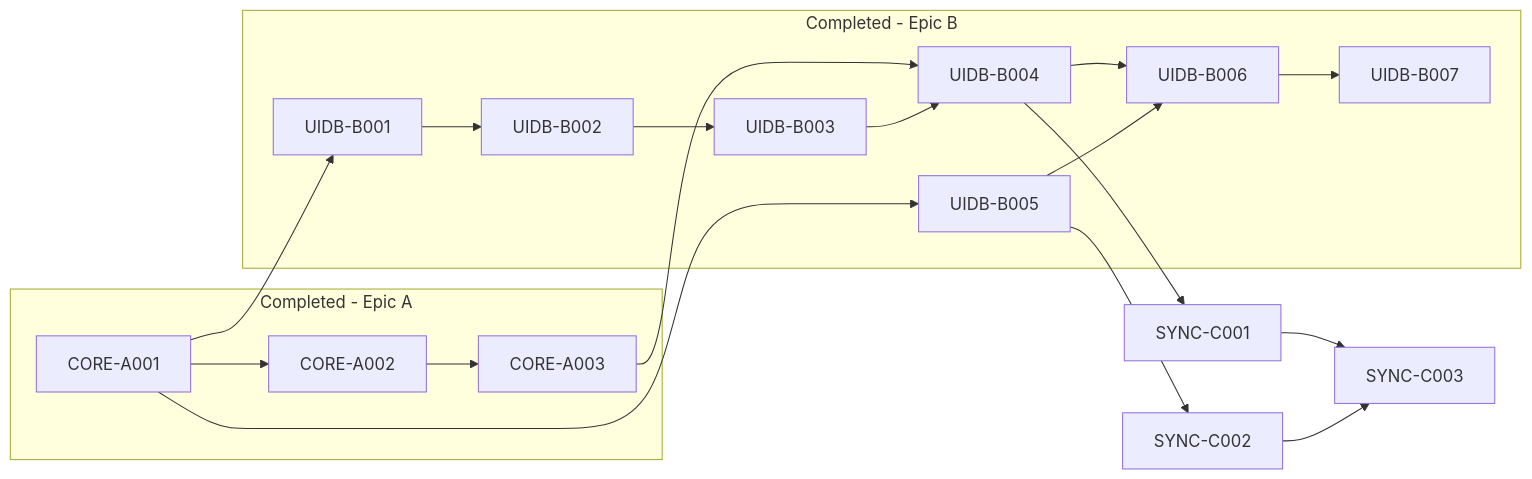
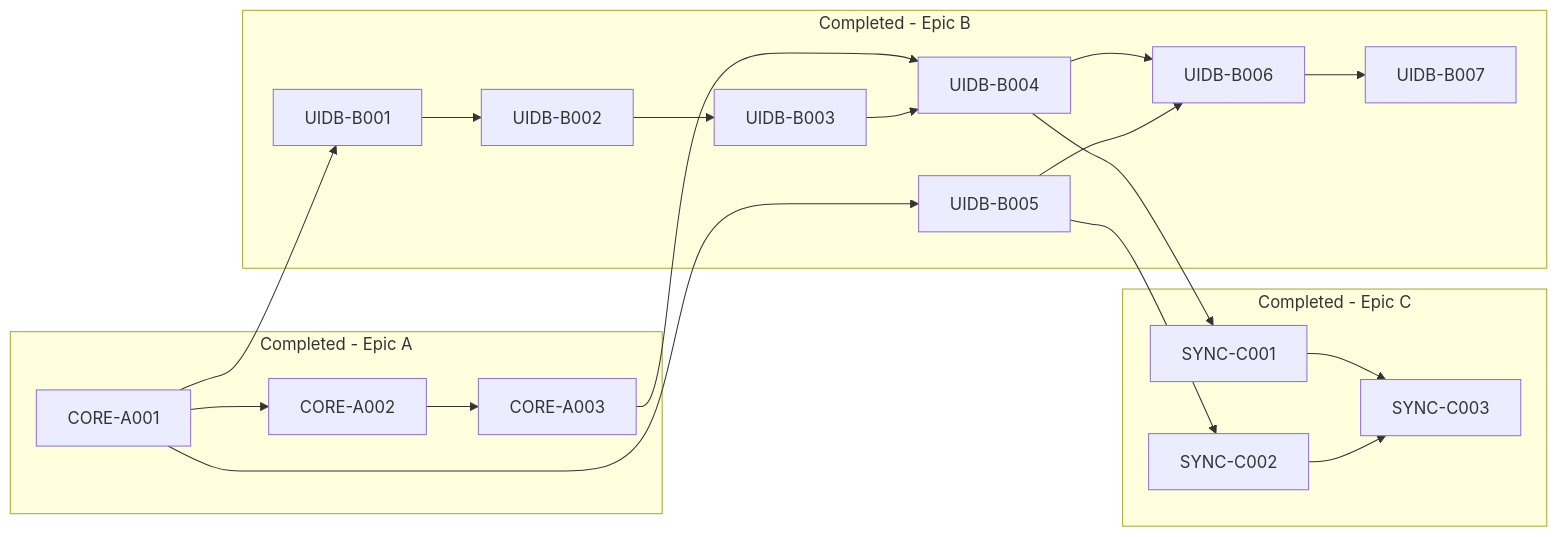
Before and after one commit to SkrOYC/burlmd: the diagram in .constitution/tasks/critical-path.md, drawn with Mermaid. The commit also changed other lines of this file and 5 other files, not shown here.

````diff
--- a/.constitution/tasks/critical-path.md
+++ b/.constitution/tasks/critical-path.md
@@ -16,26 +14,28 @@
 ```mermaid
 flowchart LR
     subgraph Completed [Completed - Epic A]
         A001[CORE-A001] --> A002[CORE-A002]
         A002 --> A003[CORE-A003]
     end
 
     subgraph CompletedB [Completed - Epic B]
         B001[UIDB-B001] --> B002[UIDB-B002]
         B002 --> B003[UIDB-B003]
         A003 --> B004[UIDB-B004]
         B003 --> B004
         B004 --> B006[UIDB-B006]
         B005[UIDB-B005] --> B006
         B006 --> B007[UIDB-B007]
     end
 
+    subgraph CompletedC [Completed - Epic C]
+        C001[SYNC-C001] --> C003[SYNC-C003]
+        C002[SYNC-C002] --> C003
+    end
+
     A001 --> B001
     A001 --> B005
 
-    B004 --> C001[SYNC-C001]
-    B005 --> C002[SYNC-C002]
-
-    C001 --> C003[SYNC-C003]
-    C002 --> C003
+    B004 --> C001
+    B005 --> C002
 ```
````
